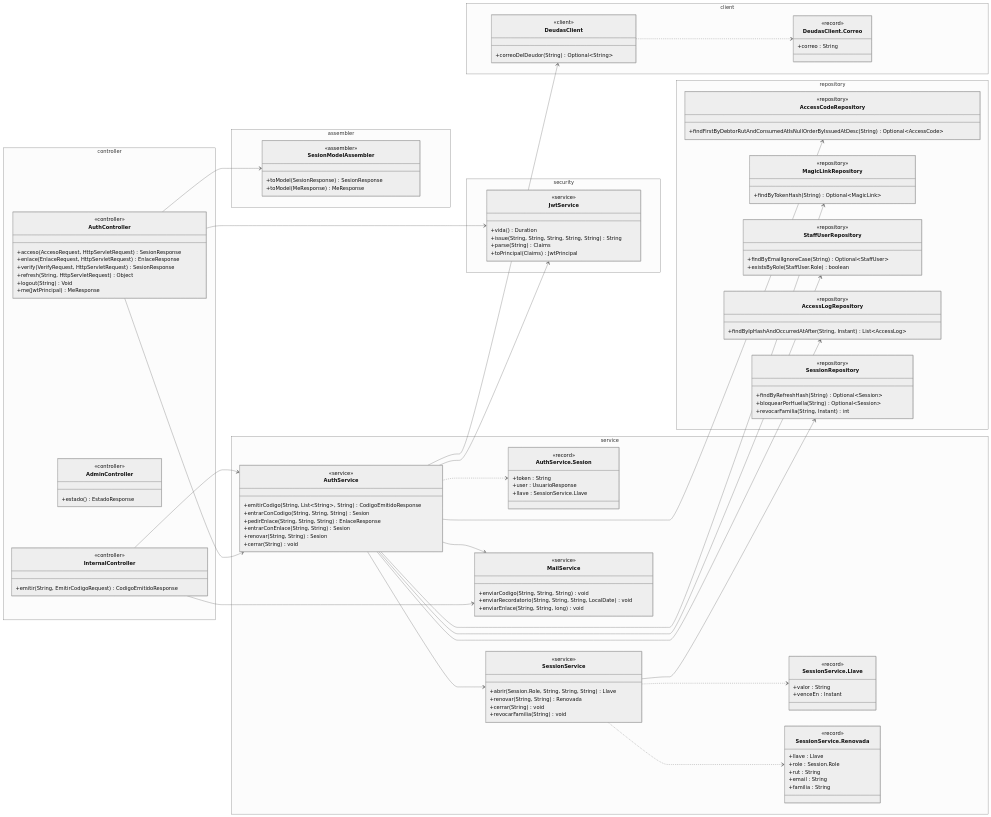
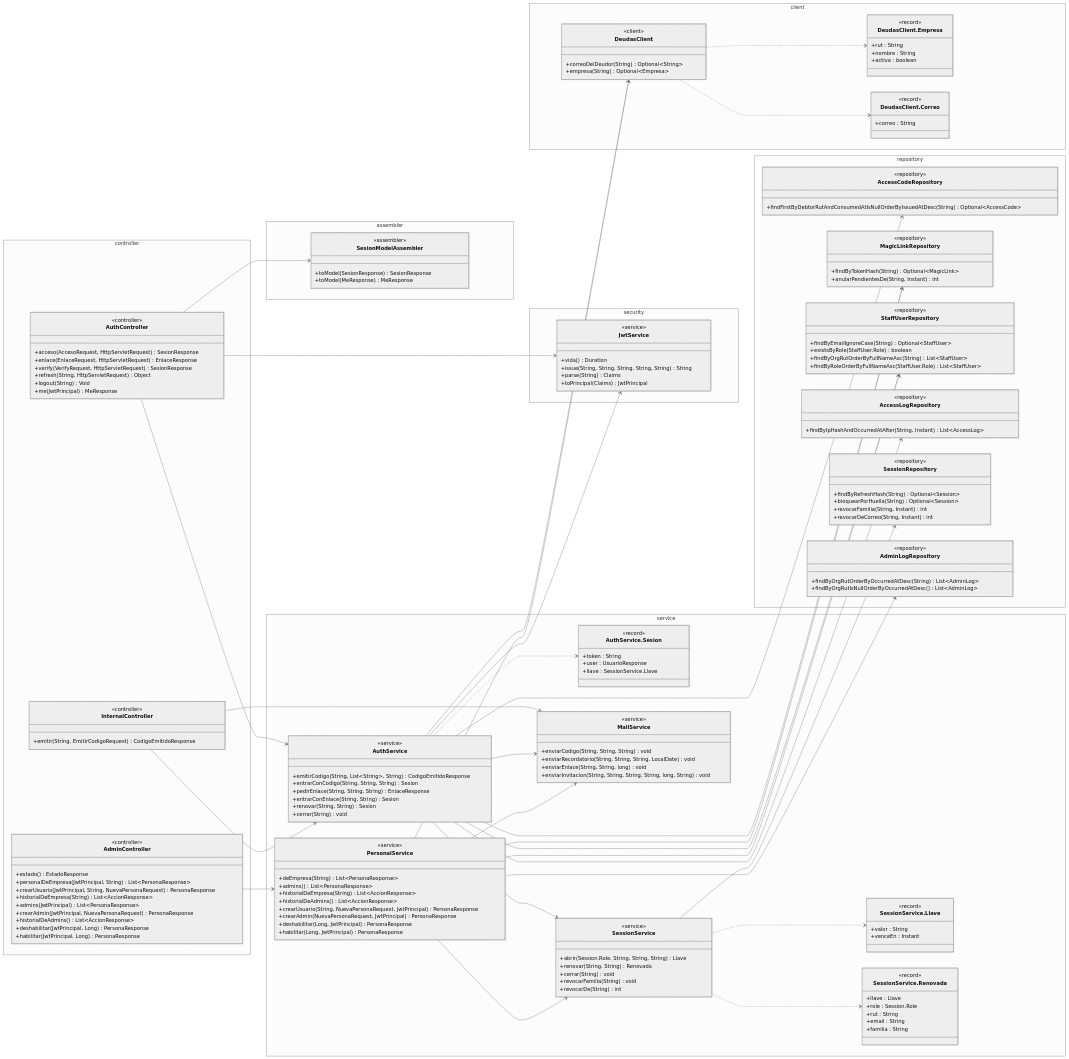
The third of 17 diagrams in docs/diagramas/clases.md (TechnicalBridge/DataBridge), drawn with Mermaid (neutral theme) before and after one commit. The commit also changed other lines of this file and 62 other files, not shown here.

````diff
--- a/docs/diagramas/clases.md
+++ b/docs/diagramas/clases.md
@@ -223,6 +246,14 @@
         class AdminController {
             <<controller>>
             +estado() EstadoResponse
+            +personalDeEmpresa(JwtPrincipal, String) List~PersonaResponse~
+            +crearUsuario(JwtPrincipal, String, NuevaPersonaRequest) PersonaResponse
+            +historialDeEmpresa(String) List~AccionResponse~
+            +admins(JwtPrincipal) List~PersonaResponse~
+            +crearAdmin(JwtPrincipal, NuevaPersonaRequest) PersonaResponse
+            +historialDeAdmins() List~AccionResponse~
+            +deshabilitar(JwtPrincipal, Long) PersonaResponse
+            +habilitar(JwtPrincipal, Long) PersonaResponse
         }
         class InternalController {
             <<controller>>
@@ -252,12 +283,24 @@
             +user : UsuarioResponse
             +llave : SessionService.Llave
         }
+        class PersonalService {
+            <<service>>
+            +deEmpresa(String) List~PersonaResponse~
+            +admins() List~PersonaResponse~
+            +historialDeEmpresa(String) List~AccionResponse~
+            +historialDeAdmins() List~AccionResponse~
+            +crearUsuario(String, NuevaPersonaRequest, JwtPrincipal) PersonaResponse
+            +crearAdmin(NuevaPersonaRequest, JwtPrincipal) PersonaResponse
+            +deshabilitar(Long, JwtPrincipal) PersonaResponse
+            +habilitar(Long, JwtPrincipal) PersonaResponse
+        }
         class SessionService {
             <<service>>
             +abrir(Session.Role, String, String, String) Llave
             +renovar(String, String) Renovada
             +cerrar(String) void
             +revocarFamilia(String) void
+            +revocarDe(String) int
         }
         class SessionService_Llave["SessionService.Llave"] {
             <<record>>
@@ -277,12 +320,20 @@
             +enviarCodigo(String, String, String) void
             +enviarRecordatorio(String, String, String, LocalDate) void
             +enviarEnlace(String, String, long) void
+            +enviarInvitacion(String, String, String, String, long, String) void
         }
     }
     namespace client {
         class DeudasClient {
             <<client>>
             +correoDelDeudor(String) Optional~String~
+            +empresa(String) Optional~Empresa~
+        }
+        class DeudasClient_Empresa["DeudasClient.Empresa"] {
+            <<record>>
+            +rut : String
+            +nombre : String
+            +activa : boolean
         }
         class DeudasClient_Correo["DeudasClient.Correo"] {
             <<record>>
@@ -306,11 +357,14 @@
         class MagicLinkRepository {
             <<repository>>
             +findByTokenHash(String) Optional~MagicLink~
+            +anularPendientesDe(String, Instant) int
         }
         class StaffUserRepository {
             <<repository>>
             +findByEmailIgnoreCase(String) Optional~StaffUser~
             +existsByRole(StaffUser.Role) boolean
+            +findByOrgRutOrderByFullNameAsc(String) List~StaffUser~
+            +findByRoleOrderByFullNameAsc(StaffUser.Role) List~StaffUser~
         }
         class AccessLogRepository {
             <<repository>>
@@ -321,15 +375,23 @@
             +findByRefreshHash(String) Optional~Session~
             +bloquearPorHuella(String) Optional~Session~
             +revocarFamilia(String, Instant) int
+            +revocarDeCorreo(String, Instant) int
+        }
+        class AdminLogRepository {
+            <<repository>>
+            +findByOrgRutOrderByOccurredAtDesc(String) List~AdminLog~
+            +findByOrgRutIsNullOrderByOccurredAtDesc() List~AdminLog~
         }
     }
     AuthService ..> AuthService_Sesion
     SessionService ..> SessionService_Llave
     SessionService ..> SessionService_Renovada
+    DeudasClient ..> DeudasClient_Empresa
     DeudasClient ..> DeudasClient_Correo
     AuthController --> AuthService
     AuthController --> JwtService
     AuthController --> SesionModelAssembler
+    AdminController --> PersonalService
     InternalController --> AuthService
     InternalController --> MailService
     AuthService --> AccessCodeRepository
@@ -340,5 +402,11 @@
     AuthService --> SessionService
     AuthService --> MailService
     AuthService --> DeudasClient
+    PersonalService --> StaffUserRepository
+    PersonalService --> AdminLogRepository
+    PersonalService --> MagicLinkRepository
+    PersonalService --> SessionService
+    PersonalService --> DeudasClient
+    PersonalService --> MailService
     SessionService --> SessionRepository
 ```
````
